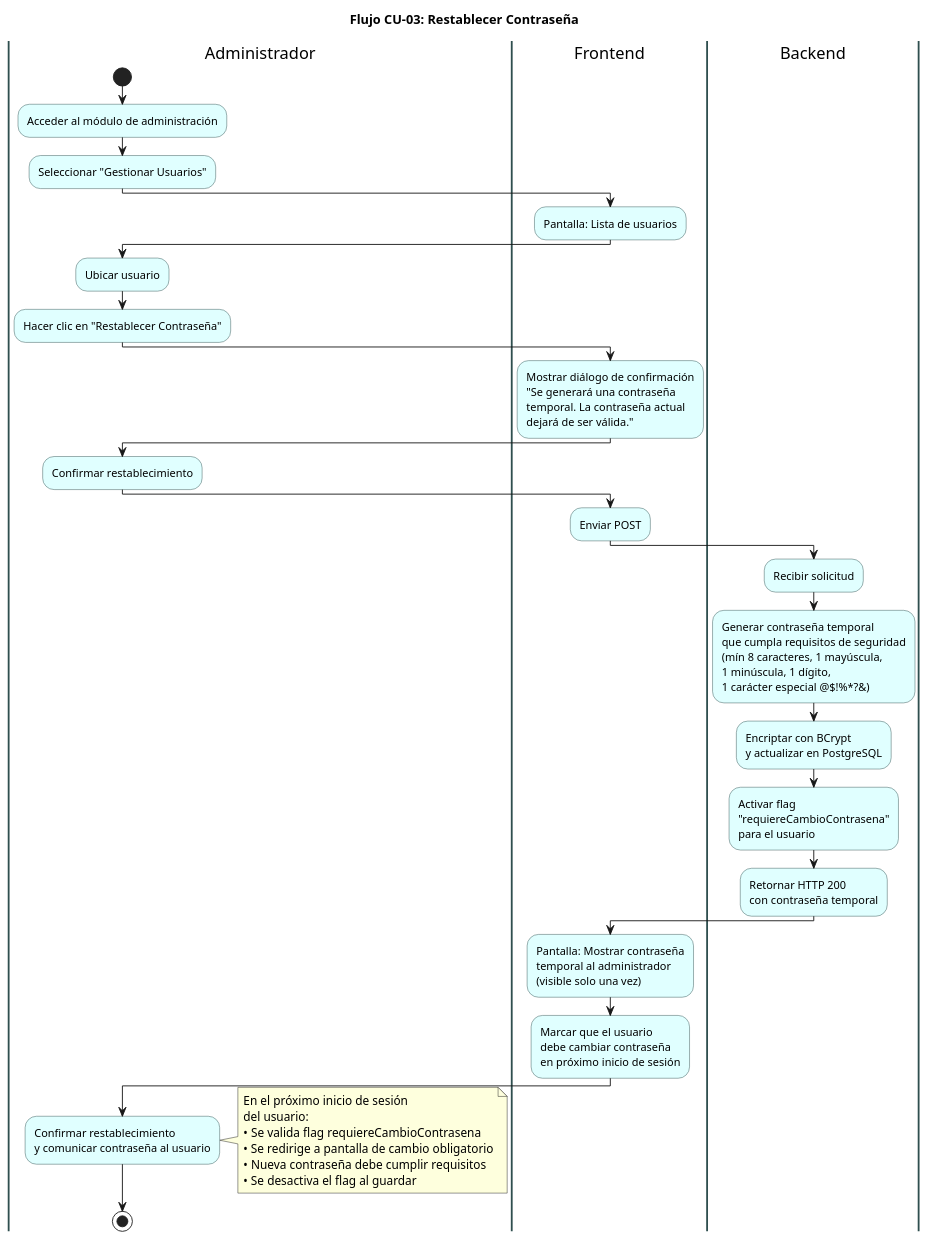
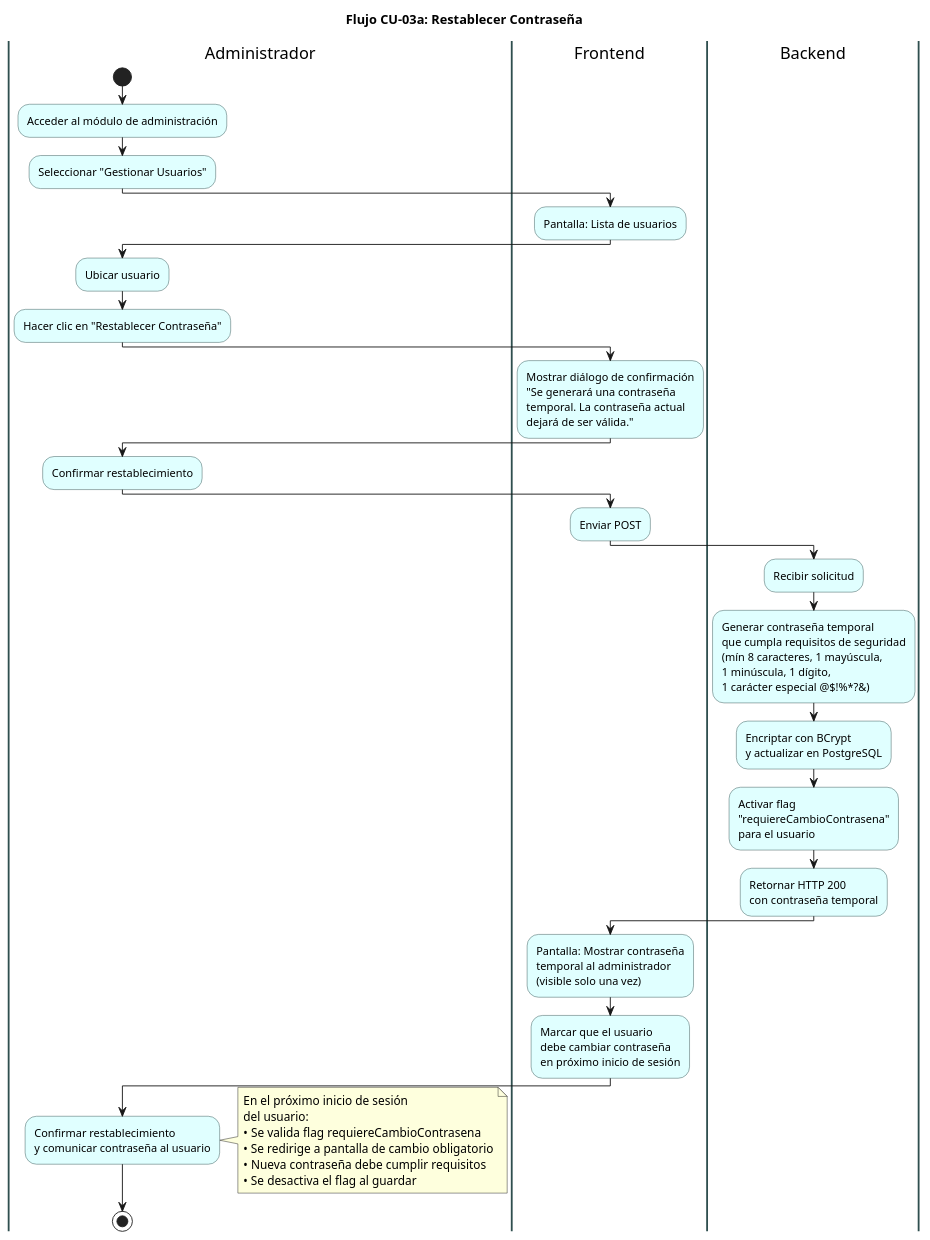
Before and after one commit to ElianMMCode/Zone-Control: the diagram in docs/diagramas/flujo/06_flujo_restablecer_password.puml, drawn with PlantUML. The commit also changed 7 other files, not shown here.

```diff
--- a/docs/diagramas/flujo/06_flujo_restablecer_password.puml
+++ b/docs/diagramas/flujo/06_flujo_restablecer_password.puml
@@ -1,65 +1,65 @@
 @startuml
-title Flujo CU-03: Restablecer Contraseña
+title Flujo CU-03a: Restablecer Contraseña
 skinparam activity {
   BackgroundColor LightCyan
   BorderColor DarkSlateGray
 }
 skinparam swimlane {
   BorderColor DarkSlateGray
   BorderThickness 2
 }
 
 |Administrador|
 start
 :Acceder al módulo de administración;
 
 :Seleccionar "Gestionar Usuarios";
 
 |Frontend|
 :Pantalla: Lista de usuarios;
 
 |Administrador|
 :Ubicar usuario;
 
 :Hacer clic en "Restablecer Contraseña";
 
 |Frontend|
 :Mostrar diálogo de confirmación\n"Se generará una contraseña\ntemporal. La contraseña actual\ndejará de ser válida.";
 
 |Administrador|
 :Confirmar restablecimiento;
 
 |Frontend|
 :Enviar POST;
 
 |Backend|
 :Recibir solicitud;
 
 :Generar contraseña temporal\nque cumpla requisitos de seguridad\n(mín 8 caracteres, 1 mayúscula,\n1 minúscula, 1 dígito,\n1 carácter especial @$!%*?&);
 
 :Encriptar con BCrypt\ny actualizar en PostgreSQL;
 
 :Activar flag\n"requiereCambioContrasena"\npara el usuario;
 
 :Retornar HTTP 200\ncon contraseña temporal;
 
 |Frontend|
 :Pantalla: Mostrar contraseña\ntemporal al administrador\n(visible solo una vez);
 
 :Marcar que el usuario\ndebe cambiar contraseña\nen próximo inicio de sesión;
 
 |Administrador|
 :Confirmar restablecimiento\ny comunicar contraseña al usuario;
 
 note right
   En el próximo inicio de sesión
   del usuario:
   • Se valida flag requiereCambioContrasena
   • Se redirige a pantalla de cambio obligatorio
   • Nueva contraseña debe cumplir requisitos
   • Se desactiva el flag al guardar
 end note
 
 stop
 
 @enduml
```
